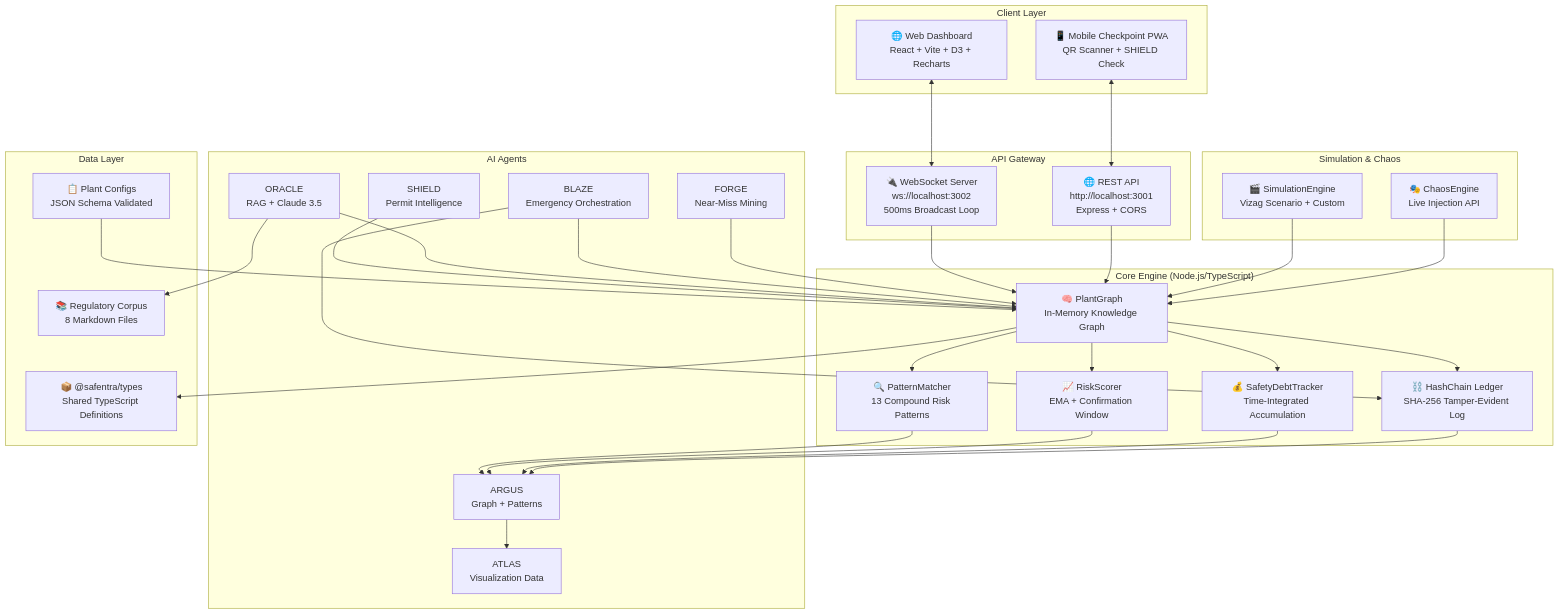
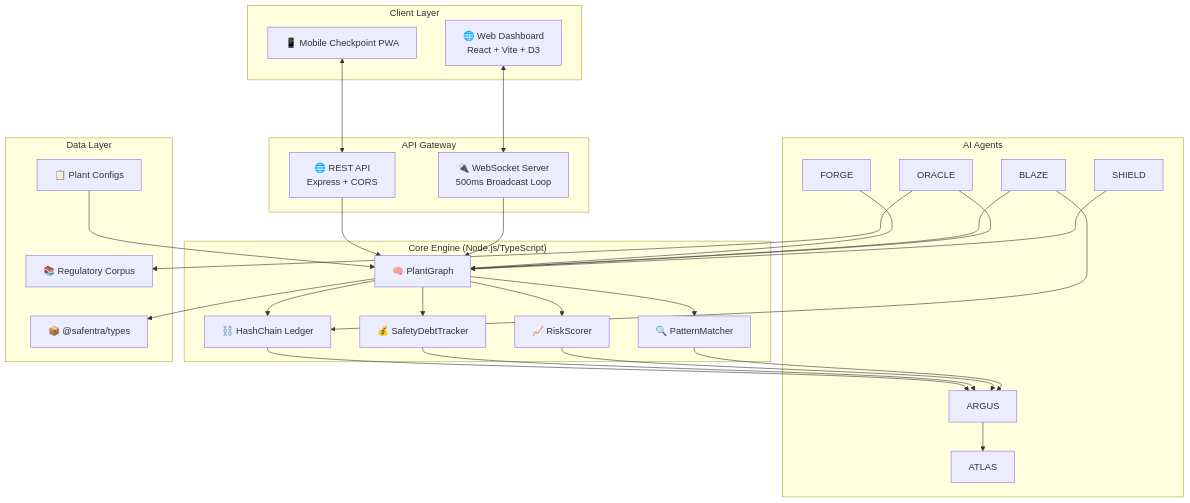
Before and after one commit to Vishallakshmikanthan/Safentra: the first of 3 diagrams in README.md, drawn with Mermaid. The commit also changed other lines of this file, not shown here.

````diff
--- a/README.md
+++ b/README.md
@@ -111,64 +118,52 @@
 ```mermaid
 graph TB
     subgraph "Client Layer"
-        Web[🌐 Web Dashboard<br/>React + Vite + D3 + Recharts]
-        Mobile[📱 Mobile Checkpoint PWA<br/>QR Scanner + SHIELD Check]
+        Web[🌐 Web Dashboard<br/>React + Vite + D3]
+        Mobile[📱 Mobile Checkpoint PWA]
     end
 
     subgraph "API Gateway"
-        WS[🔌 WebSocket Server<br/>ws://localhost:3002<br/>500ms Broadcast Loop]
-        REST[🌐 REST API<br/>http://localhost:3001<br/>Express + CORS]
+        WS[🔌 WebSocket Server<br/>500ms Broadcast Loop]
+        REST[🌐 REST API<br/>Express + CORS]
     end
 
     subgraph "Core Engine (Node.js/TypeScript)"
-        Graph[🧠 PlantGraph<br/>In-Memory Knowledge Graph]
-        Patterns[🔍 PatternMatcher<br/>13 Compound Risk Patterns]
-        Risk[📈 RiskScorer<br/>EMA + Confirmation Window]
-        Debt[💰 SafetyDebtTracker<br/>Time-Integrated Accumulation]
-        Ledger[⛓️ HashChain Ledger<br/>SHA-256 Tamper-Evident Log]
+        Graph[🧠 PlantGraph]
+        Patterns[🔍 PatternMatcher]
+        Risk[📈 RiskScorer]
+        Debt[💰 SafetyDebtTracker]
+        Ledger[⛓️ HashChain Ledger]
     end
 
     subgraph "AI Agents"
-        ARGUS[ARGUS<br/>Graph + Patterns]
-        ATLAS[ATLAS<br/>Visualization Data]
-        SHIELD[SHIELD<br/>Permit Intelligence]
-        ORACLE[ORACLE<br/>RAG + Claude 3.5]
-        BLAZE[BLAZE<br/>Emergency Orchestration]
-        FORGE[FORGE<br/>Near-Miss Mining]
-    end
-
-    subgraph "Simulation & Chaos"
-        Sim[🎬 SimulationEngine<br/>Vizag Scenario + Custom]
-        Chaos[🎭 ChaosEngine<br/>Live Injection API]
+        ARGUS[ARGUS]
+        ATLAS[ATLAS]
+        SHIELD[SHIELD]
+        ORACLE[ORACLE]
+        BLAZE[BLAZE]
+        FORGE[FORGE]
     end
 
     subgraph "Data Layer"
-        Types[📦 @safentra/types<br/>Shared TypeScript Definitions]
-        Config[📋 Plant Configs<br/>JSON Schema Validated]
-        Corpus[📚 Regulatory Corpus<br/>8 Markdown Files]
+        Types[📦 @safentra/types]
+        Config[📋 Plant Configs]
+        Corpus[📚 Regulatory Corpus]
     end
 
     Web <---> WS
     Mobile <---> REST
     WS --> Graph
     REST --> Graph
-    Graph --> Patterns
-    Graph --> Risk
-    Graph --> Debt
-    Graph --> Ledger
+    Graph --> Patterns & Risk & Debt & Ledger
     Patterns --> ARGUS
     Risk --> ARGUS
     Debt --> ARGUS
     Ledger --> ARGUS
     ARGUS --> ATLAS
     SHIELD --> Graph
-    ORACLE --> Corpus
-    ORACLE --> Graph
-    BLAZE --> Graph
-    BLAZE --> Ledger
+    ORACLE --> Corpus & Graph
+    BLAZE --> Graph & Ledger
     FORGE --> Graph
-    Sim --> Graph
-    Chaos --> Graph
     Graph --> Types
     Config --> Graph
 ```
````
